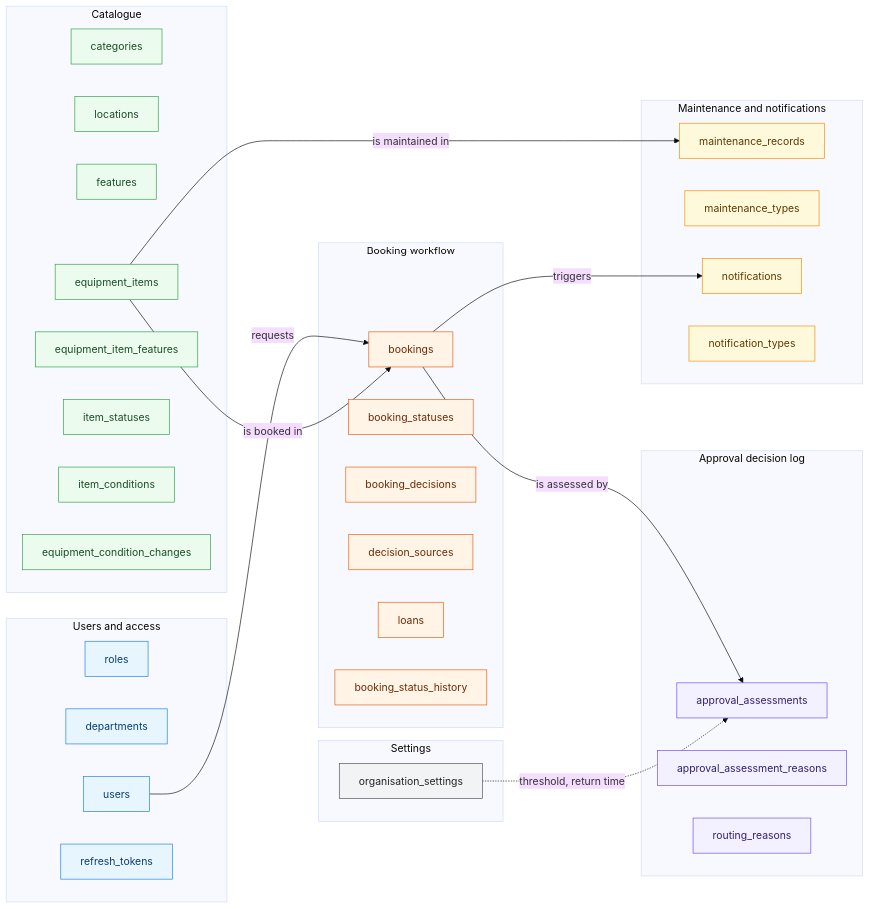
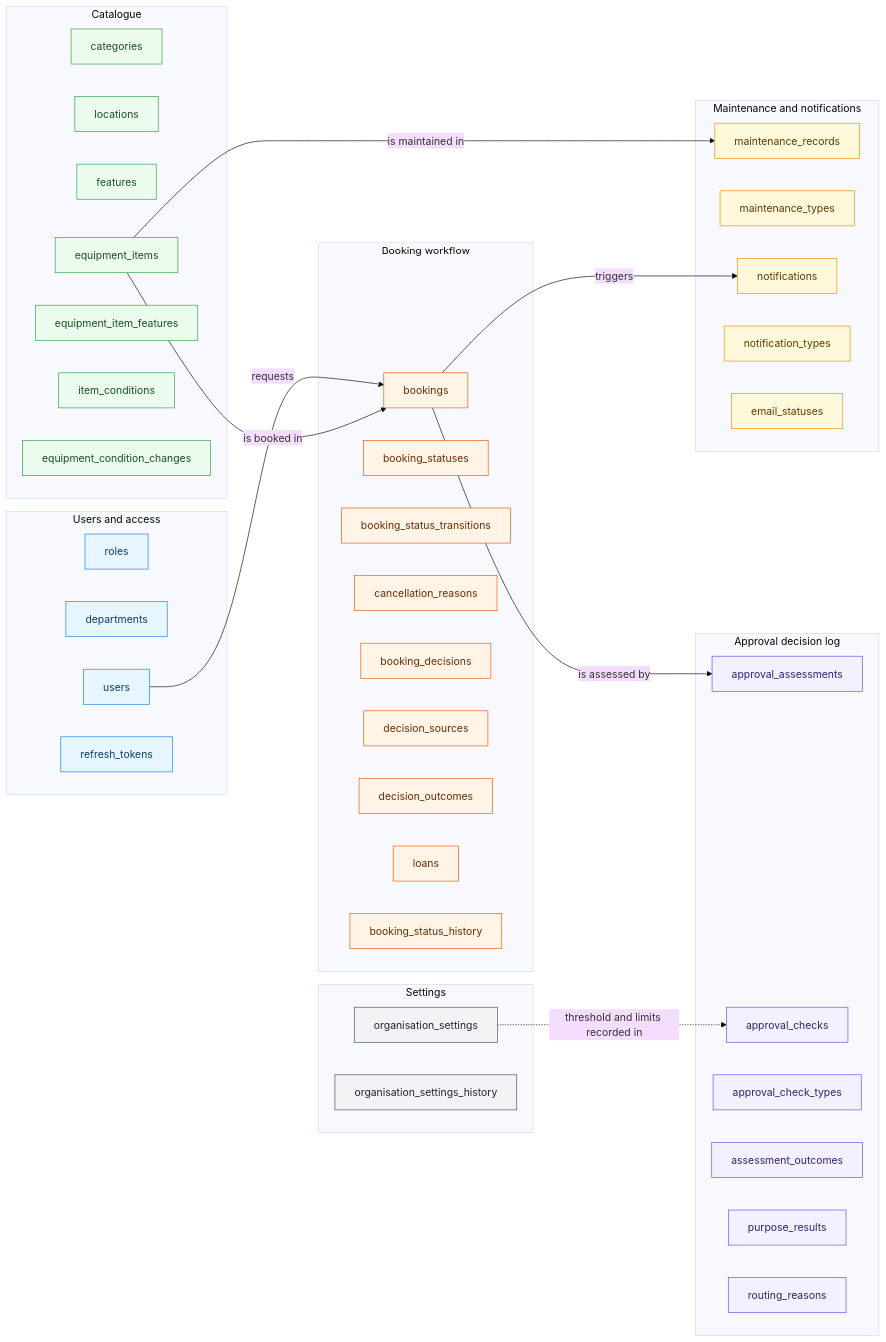
Before and after one commit to goldeash/equipment-booking: the first of 2 diagrams in docs/database/logical-schema.md, drawn with Mermaid (base theme). The commit also changed other lines of this file and 9 other files, not shown here.

````diff
--- a/docs/database/logical-schema.md
+++ b/docs/database/logical-schema.md
@@ -7,61 +7,68 @@
 ```mermaid
 flowchart LR
     subgraph access["Users and access"]
         roles
         departments
         users
         refresh_tokens
     end
     subgraph catalogue["Catalogue"]
         categories
         locations
         features
         equipment_items
         equipment_item_features
-        item_statuses
         item_conditions
         equipment_condition_changes
     end
     subgraph workflow["Booking workflow"]
         bookings
         booking_statuses
+        booking_status_transitions
+        cancellation_reasons
         booking_decisions
         decision_sources
+        decision_outcomes
         loans
         booking_status_history
     end
     subgraph approval["Approval decision log"]
         approval_assessments
-        approval_assessment_reasons
+        approval_checks
+        approval_check_types
+        assessment_outcomes
+        purpose_results
         routing_reasons
     end
     subgraph operations["Maintenance and notifications"]
         maintenance_records
         maintenance_types
         notifications
         notification_types
+        email_statuses
     end
     subgraph settings["Settings"]
         organisation_settings
+        organisation_settings_history
     end
 
     users -->|requests| bookings
     equipment_items -->|is booked in| bookings
     bookings -->|is assessed by| approval_assessments
     equipment_items -->|is maintained in| maintenance_records
     bookings -->|triggers| notifications
-    organisation_settings -.->|threshold, return time| approval_assessments
+    organisation_settings -.->|threshold and limits recorded in| approval_checks
 
     classDef accessStyle fill:#e7f5ff,stroke:#1c7ed6,color:#0b3d6b
     classDef catalogueStyle fill:#ebfbee,stroke:#2f9e44,color:#1b4d27
     classDef workflowStyle fill:#fff4e6,stroke:#e8590c,color:#6b2b05
     classDef approvalStyle fill:#f3f0ff,stroke:#7048e8,color:#33206e
     classDef operationsStyle fill:#fff9db,stroke:#f08c00,color:#5c3a00
     classDef settingsStyle fill:#f1f3f5,stroke:#495057,color:#212529
     class roles,departments,users,refresh_tokens accessStyle
-    class categories,locations,features,equipment_items,equipment_item_features,item_statuses,item_conditions,equipment_condition_changes catalogueStyle
-    class bookings,booking_statuses,booking_decisions,decision_sources,loans,booking_status_history workflowStyle
-    class approval_assessments,approval_assessment_reasons,routing_reasons approvalStyle
-    class maintenance_records,maintenance_types,notifications,notification_types operationsStyle
-    class organisation_settings settingsStyle
+    class categories,locations,features,equipment_items,equipment_item_features,item_conditions,equipment_condition_changes catalogueStyle
+    class bookings,booking_statuses,booking_status_transitions,cancellation_reasons,booking_decisions,decision_sources,decision_outcomes,loans,booking_status_history workflowStyle
+    class approval_assessments,approval_checks,approval_check_types,assessment_outcomes,purpose_results,routing_reasons approvalStyle
+    class maintenance_records,maintenance_types,notifications,notification_types,email_statuses operationsStyle
+    class organisation_settings,organisation_settings_history settingsStyle
 ```
````
